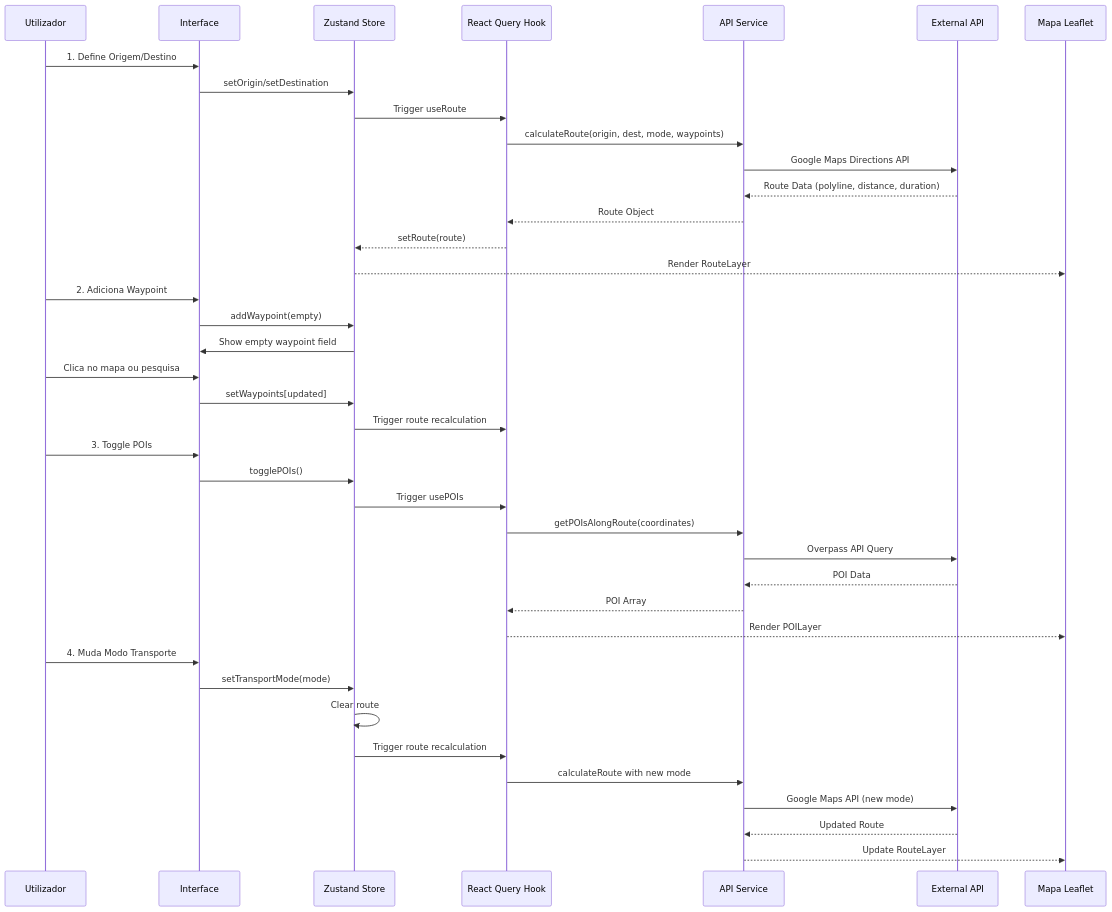
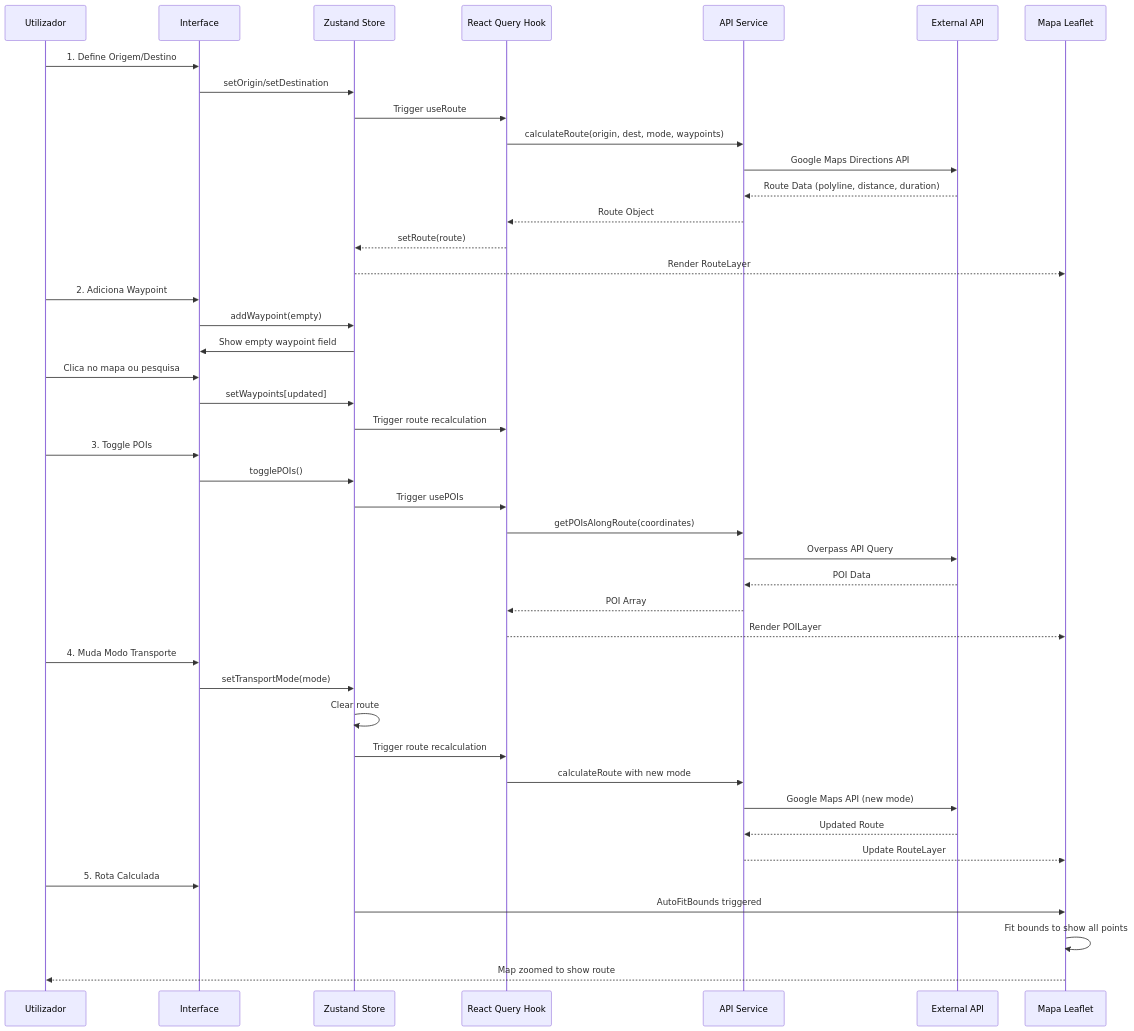
One commit to AlexandreMendesISCTE/Projeto-de-Arquitetura-e-Desenho-de-Software changed the second of 2 diagrams in README.md. Above: the diagram before and after it, drawn with Mermaid. The commit also changed other lines of this file and 44 other files, not shown here.

````diff
--- a/README.md
+++ b/README.md
@@ -187,45 +236,50 @@
 ```mermaid
 sequenceDiagram
     participant User as Utilizador
     participant UI as Interface
     participant Store as Zustand Store
     participant Hook as React Query Hook
     participant API as API Service
     participant External as External API
     participant Map as Mapa Leaflet
 
     User->>UI: 1. Define Origem/Destino
     UI->>Store: setOrigin/setDestination
     Store->>Hook: Trigger useRoute
     Hook->>API: calculateRoute(origin, dest, mode, waypoints)
     API->>External: Google Maps Directions API
     External-->>API: Route Data (polyline, distance, duration)
     API-->>Hook: Route Object
     Hook-->>Store: setRoute(route)
     Store-->>Map: Render RouteLayer
 
     User->>UI: 2. Adiciona Waypoint
     UI->>Store: addWaypoint(empty)
     Store->>UI: Show empty waypoint field
     User->>UI: Clica no mapa ou pesquisa
     UI->>Store: setWaypoints[updated]
     Store->>Hook: Trigger route recalculation
 
     User->>UI: 3. Toggle POIs
     UI->>Store: togglePOIs()
     Store->>Hook: Trigger usePOIs
     Hook->>API: getPOIsAlongRoute(coordinates)
     API->>External: Overpass API Query
     External-->>API: POI Data
     API-->>Hook: POI Array
     Hook-->>Map: Render POILayer
 
     User->>UI: 4. Muda Modo Transporte
     UI->>Store: setTransportMode(mode)
     Store->>Store: Clear route
     Store->>Hook: Trigger route recalculation
     Hook->>API: calculateRoute with new mode
     API->>External: Google Maps API (new mode)
     External-->>API: Updated Route
     API-->>Map: Update RouteLayer
+
+    User->>UI: 5. Rota Calculada
+    Store->>Map: AutoFitBounds triggered
+    Map->>Map: Fit bounds to show all points
+    Map-->>User: Map zoomed to show route
 ```
````
